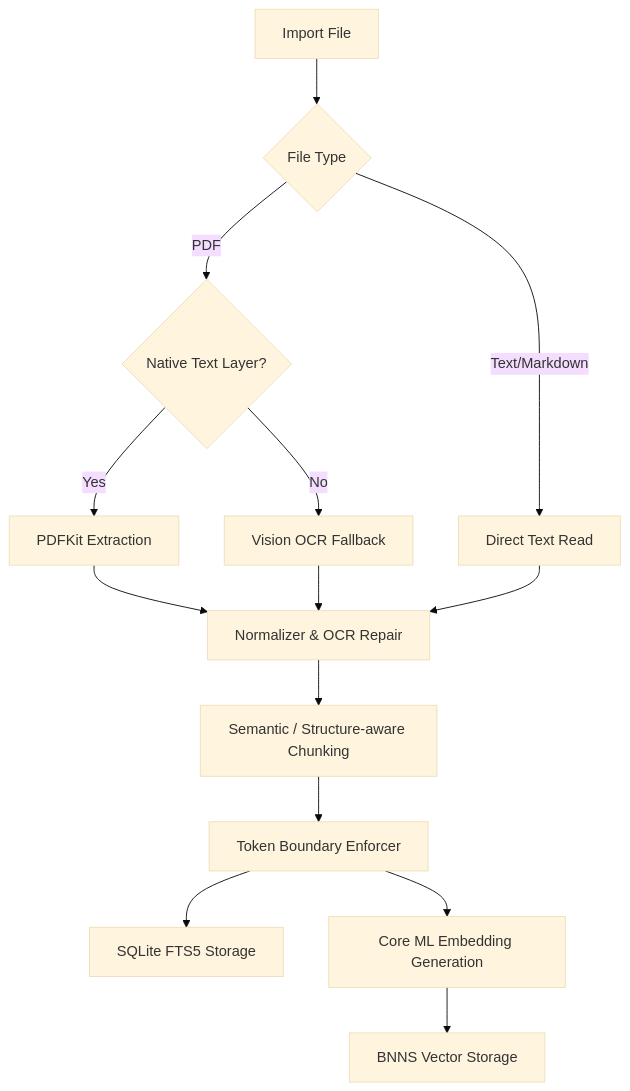
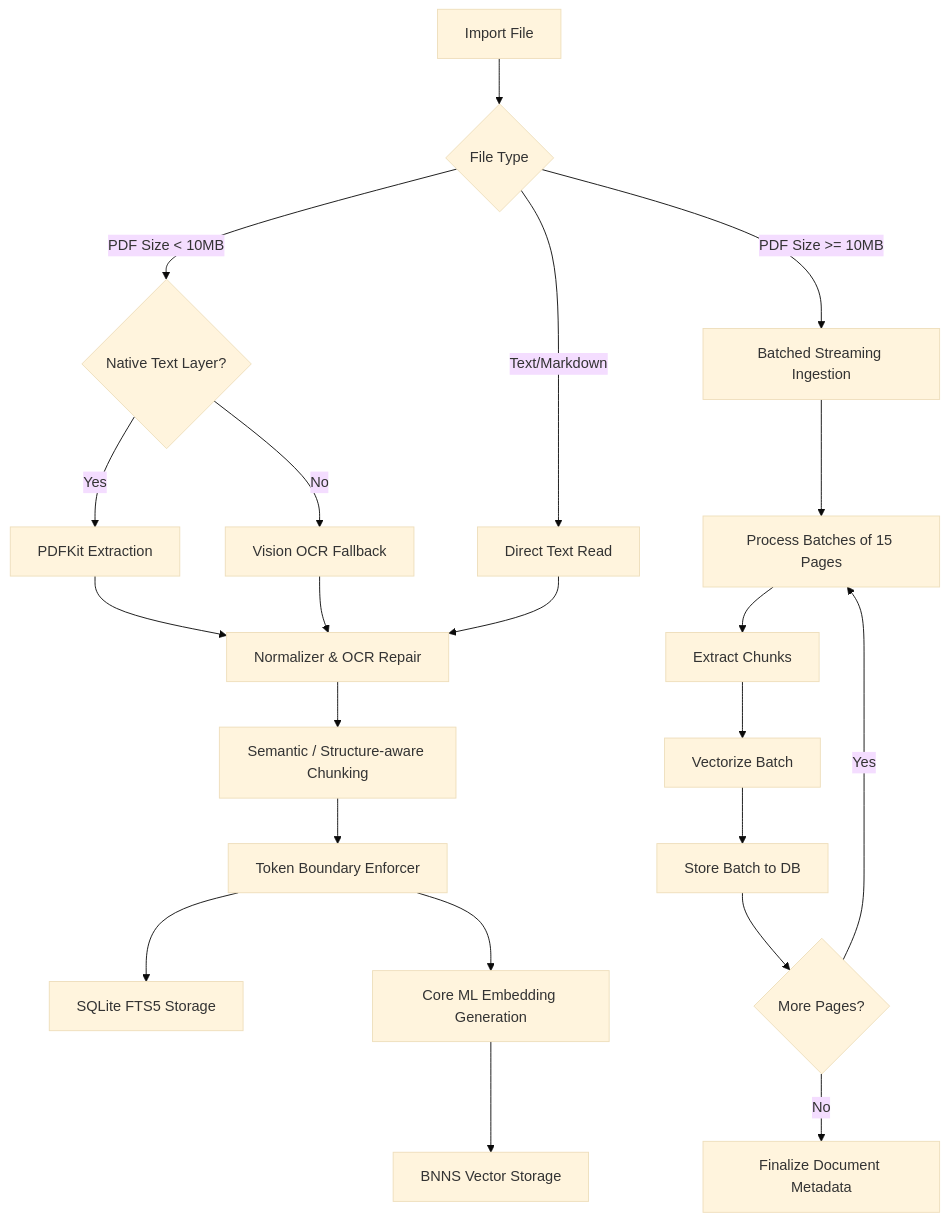
The diagram in Docs/INGESTION_PIPELINE.md (Gunnarguy/OpenIntelligence), drawn with Mermaid (base theme) before and after one commit. The commit also changed other lines of this file and 24 other files, not shown here.

Commit message:
Phase 2B: Implement large-document streaming ingestion, fix FTS5 truncation, resolve sync deletion race condition, and bump version to 4.5

````diff
--- a/Docs/INGESTION_PIPELINE.md
+++ b/Docs/INGESTION_PIPELINE.md
@@ -14,16 +14,25 @@
 ```mermaid
 flowchart TD
     A[Import File] --> B{File Type}
-    B -- PDF --> C{Native Text Layer?}
+    B -- PDF Size < 10MB --> C{Native Text Layer?}
+    B -- PDF Size >= 10MB --> STREAM[Batched Streaming Ingestion]
     C -- Yes --> D[PDFKit Extraction]
     C -- No --> E[Vision OCR Fallback]
     B -- Text/Markdown --> F[Direct Text Read]
     D --> G[Normalizer & OCR Repair]
     E --> G
     F --> G
     G --> H[Semantic / Structure-aware Chunking]
     H --> I[Token Boundary Enforcer]
     I --> J[SQLite FTS5 Storage]
     I --> K[Core ML Embedding Generation]
     K --> L[BNNS Vector Storage]
+    
+    STREAM --> S1[Process Batches of 15 Pages]
+    S1 --> S2[Extract Chunks]
+    S2 --> S3[Vectorize Batch]
+    S3 --> S4[Store Batch to DB]
+    S4 --> S5{More Pages?}
+    S5 -- Yes --> S1
+    S5 -- No --> S6[Finalize Document Metadata]
 ```
````
